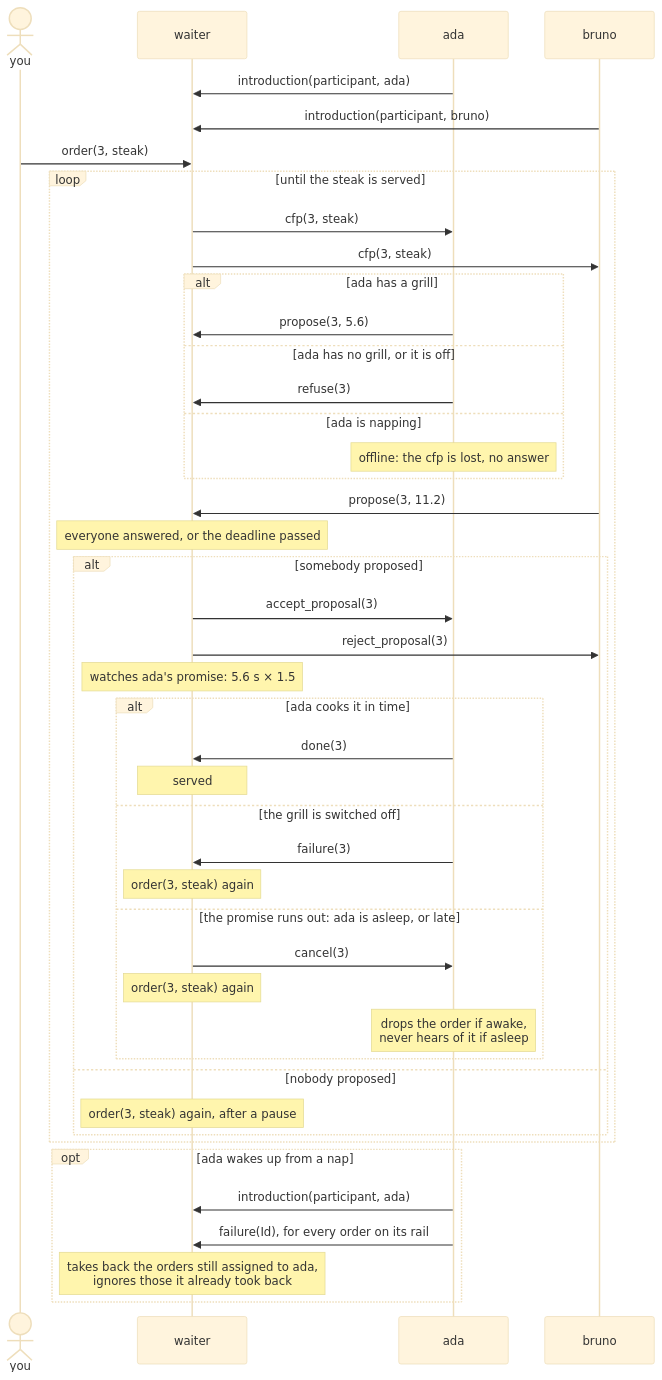
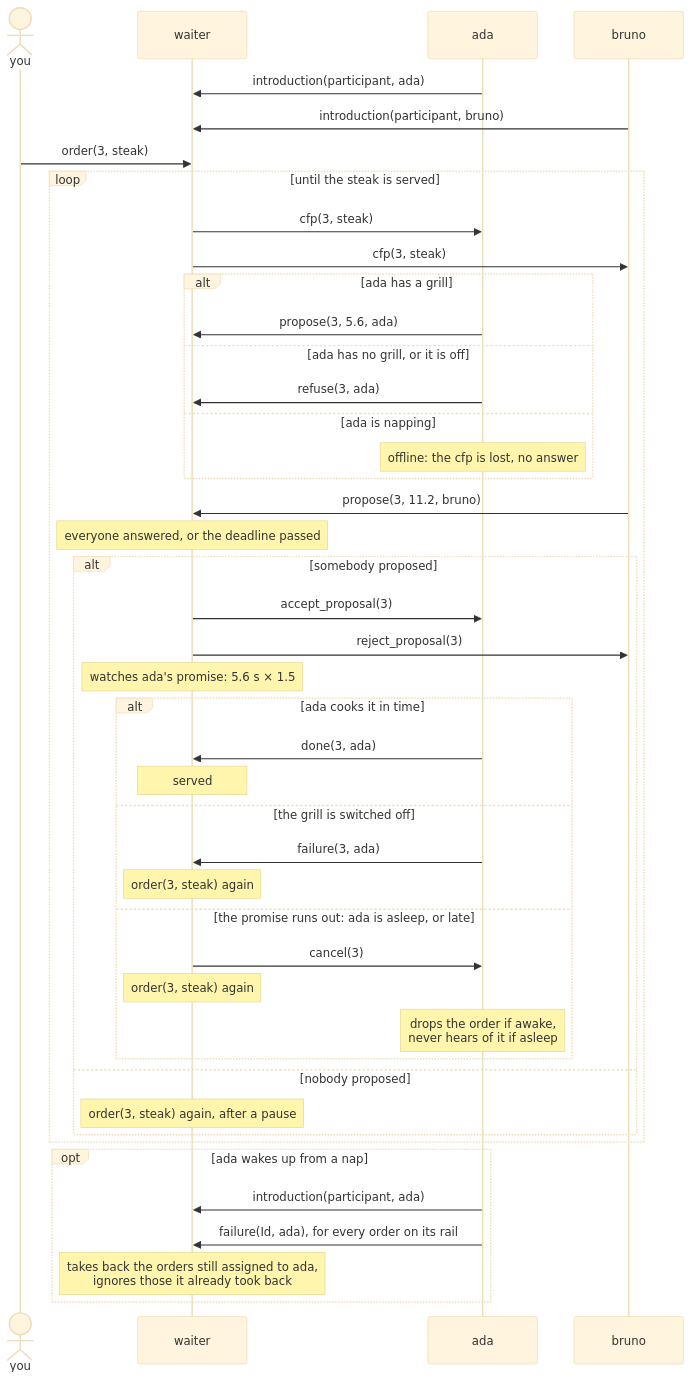
The second of 2 diagrams in website/docs/showcase/contract-net.md (jakta-bdi/jakta), drawn with Mermaid (base theme) before and after one commit. The commit also changed other lines of this file and 5 other files, not shown here.

````diff
--- a/website/docs/showcase/contract-net.md
+++ b/website/docs/showcase/contract-net.md
@@ -289,46 +282,46 @@
 ```mermaid
 sequenceDiagram
   actor Y as you
   participant W as waiter
   participant A as ada
   participant B as bruno
   A->>W: introduction(participant, ada)
   B->>W: introduction(participant, bruno)
   Y->>W: order(3, steak)
   loop until the steak is served
     W->>A: cfp(3, steak)
     W->>B: cfp(3, steak)
     alt ada has a grill
-      A->>W: propose(3, 5.6)
+      A->>W: propose(3, 5.6, ada)
     else ada has no grill, or it is off
-      A->>W: refuse(3)
+      A->>W: refuse(3, ada)
     else ada is napping
       Note over A: offline: the cfp is lost, no answer
     end
-    B->>W: propose(3, 11.2)
+    B->>W: propose(3, 11.2, bruno)
     Note over W: everyone answered, or the deadline passed
     alt somebody proposed
       W->>A: accept_proposal(3)
       W->>B: reject_proposal(3)
       Note over W: watches ada's promise: 5.6 s × 1.5
       alt ada cooks it in time
-        A->>W: done(3)
+        A->>W: done(3, ada)
         Note over W: served
       else the grill is switched off
-        A->>W: failure(3)
+        A->>W: failure(3, ada)
         Note over W: order(3, steak) again
       else the promise runs out: ada is asleep, or late
         W->>A: cancel(3)
         Note over W: order(3, steak) again
         Note over A: drops the order if awake,<br/>never hears of it if asleep
       end
     else nobody proposed
       Note over W: order(3, steak) again, after a pause
     end
   end
   opt ada wakes up from a nap
     A->>W: introduction(participant, ada)
-    A->>W: failure(Id), for every order on its rail
+    A->>W: failure(Id, ada), for every order on its rail
     Note over W: takes back the orders still assigned to ada,<br/>ignores those it already took back
   end
 ```
````
